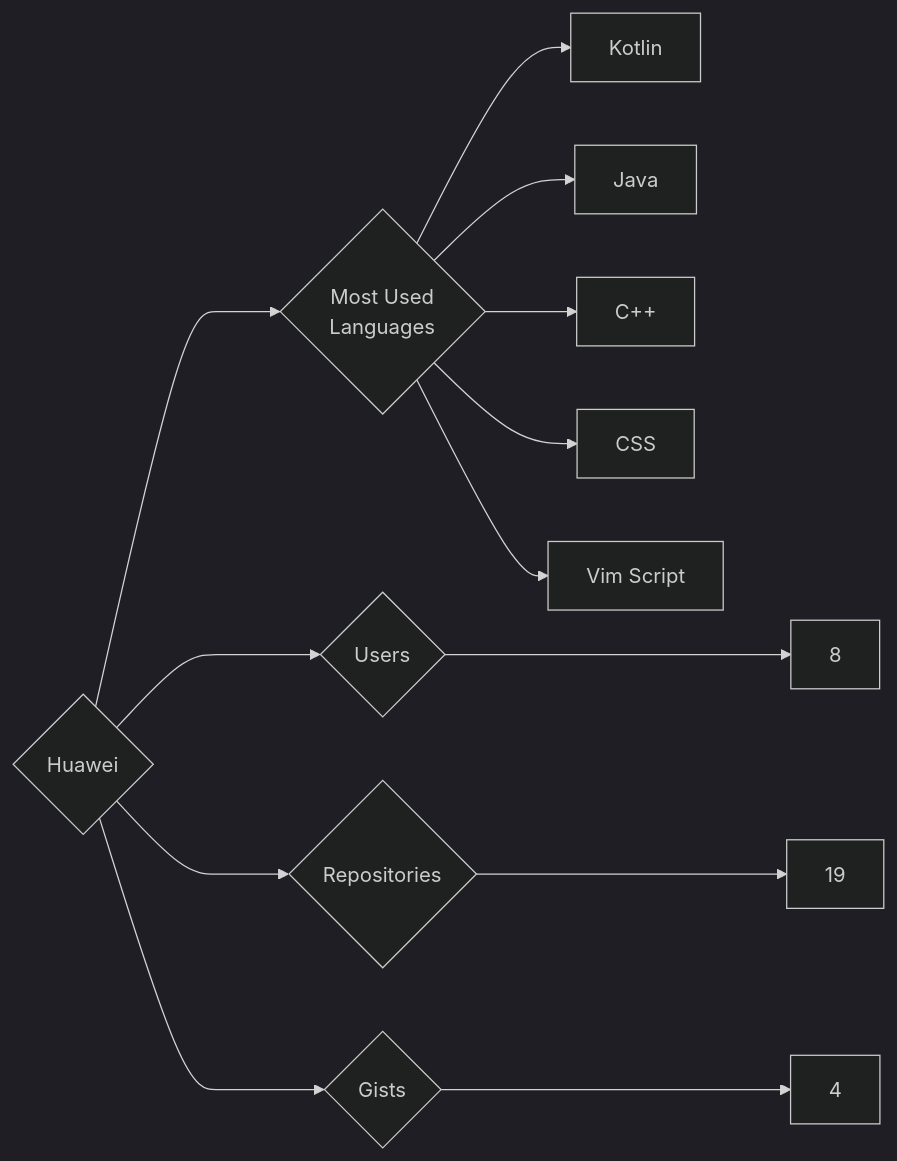
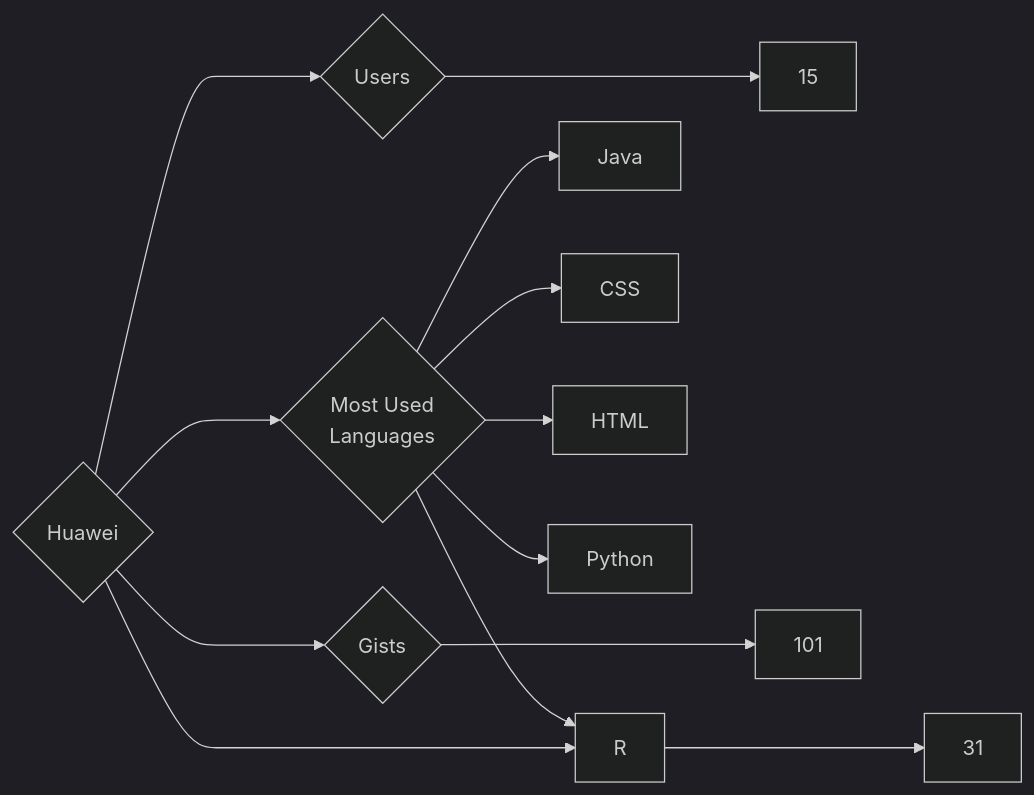
Before and after one commit to trickest/insiders: the diagram in targets/Huawei/README.md, drawn with Mermaid (dark theme). The commit also changed 611 other files, not shown here.

````diff
--- a/targets/Huawei/README.md
+++ b/targets/Huawei/README.md
@@ -3,13 +3,13 @@
 ```mermaid
 graph LR
 COMPANY_NAME{Huawei}
-COMPANY_NAME ---> U{Users} ---> UN[8]
-COMPANY_NAME ---> R{Repositories} ---> RN[19]
-COMPANY_NAME ---> G{Gists} ---> GN[4]
+COMPANY_NAME ---> U{Users} ---> UN[15]
+COMPANY_NAME ---> R{Repositories} ---> RN[31]
+COMPANY_NAME ---> G{Gists} ---> GN[101]
 COMPANY_NAME ---> ML{Most Used<br>Languages}
-ML --> Kotlin[Kotlin]
 ML --> Java[Java]
-ML --> C++[C++]
 ML --> CSS[CSS]
-ML --> Vim_Script[Vim Script]
+ML --> HTML[HTML]
+ML --> R[R]
+ML --> Python[Python]
 ```
````
